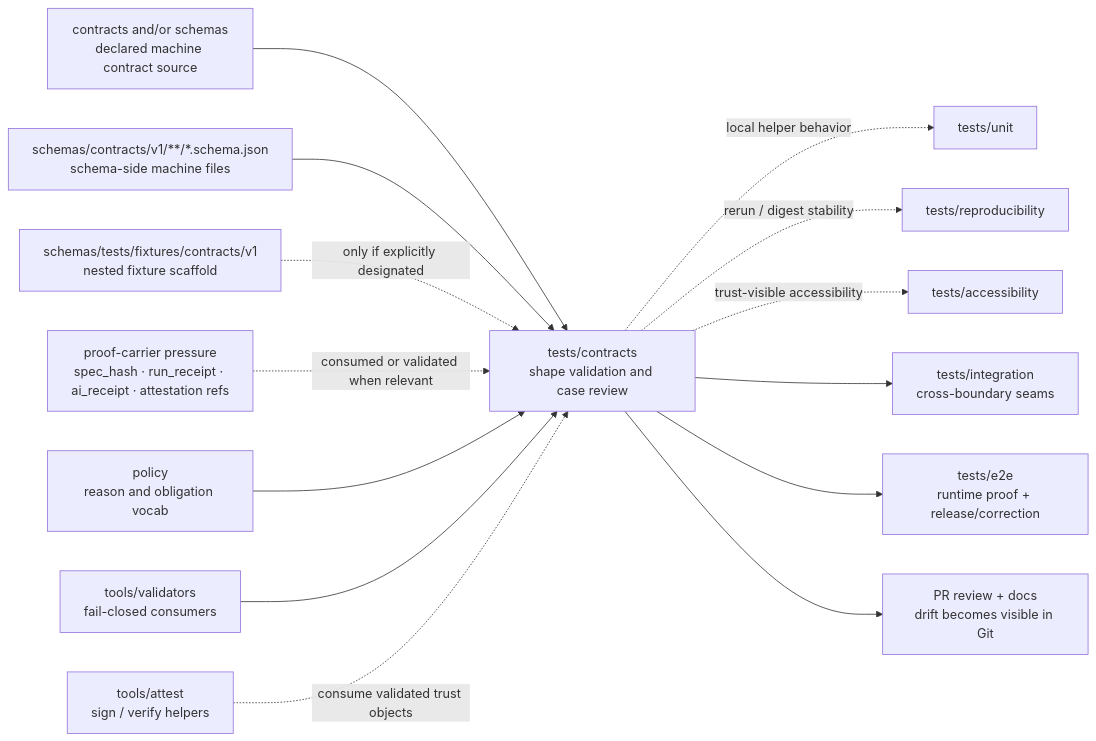
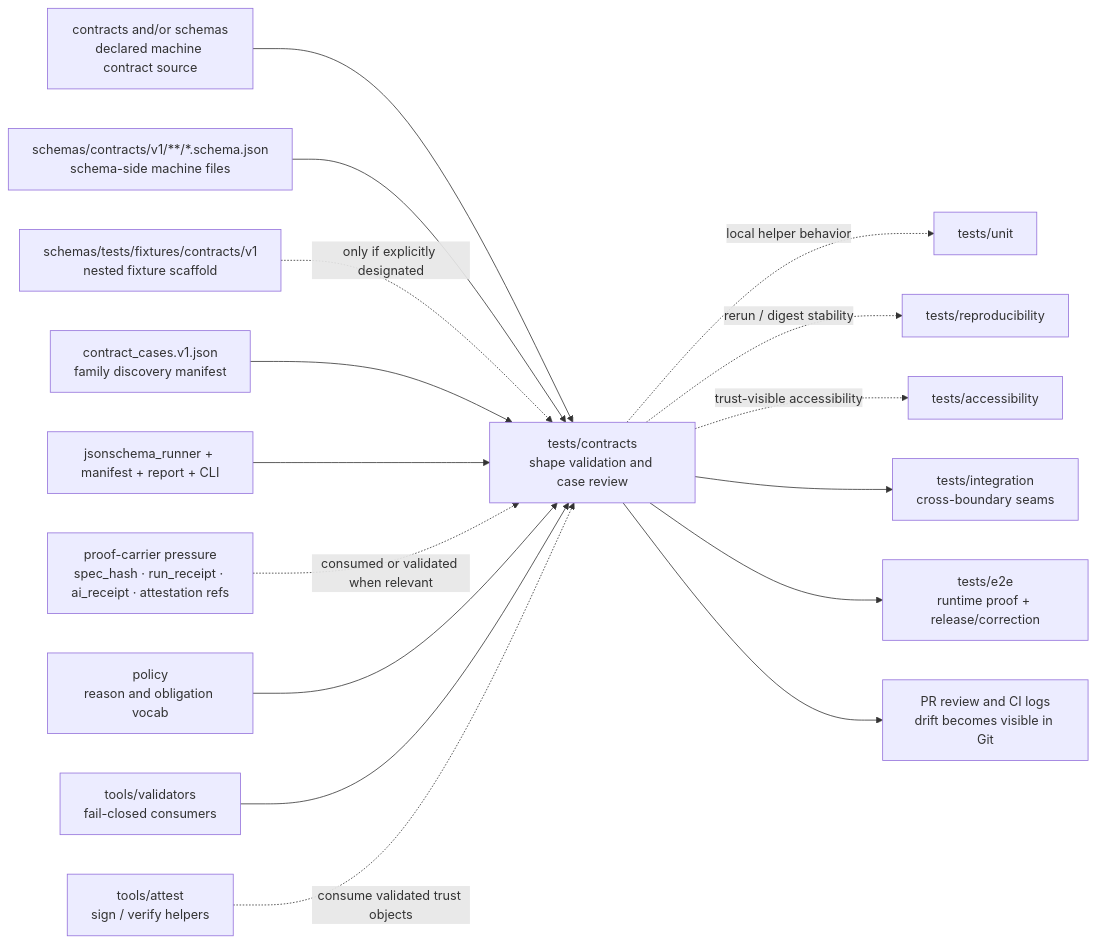
The diagram in tests/contracts/README.md (bartytime4life/Kansas-Frontier-Matrix), drawn with Mermaid before and after one commit. The commit also changed other lines of this file, not shown here.

````diff
--- a/tests/contracts/README.md
+++ b/tests/contracts/README.md
@@ -636,16 +740,18 @@
 ```mermaid
 flowchart LR
     D[contracts and/or schemas<br/>declared machine contract source] --> C[tests/contracts<br/>shape validation and case review]
     S[schemas/contracts/v1/**/*.schema.json<br/>schema-side machine files] --> C
     F[schemas/tests/fixtures/contracts/v1<br/>nested fixture scaffold] -. only if explicitly designated .-> C
+    M[contract_cases.v1.json<br/>family discovery manifest] --> C
+    R[jsonschema_runner + manifest + report + CLI] --> C
     Q[proof-carrier pressure<br/>spec_hash · run_receipt · ai_receipt · attestation refs] -. consumed or validated when relevant .-> C
     P[policy<br/>reason and obligation vocab] --> C
     V[tools/validators<br/>fail-closed consumers] --> C
     A[tools/attest<br/>sign / verify helpers] -. consume validated trust objects .-> C
     C -. local helper behavior .-> U[tests/unit]
-    C -. rerun / digest stability .-> R[tests/reproducibility]
-    C -. trust-visible accessibility .-> X[tests/accessibility]
+    C -. rerun / digest stability .-> X[tests/reproducibility]
+    C -. trust-visible accessibility .-> Y[tests/accessibility]
     C --> I[tests/integration<br/>cross-boundary seams]
     C --> E[tests/e2e<br/>runtime proof + release/correction]
-    C --> G[PR review + docs<br/>drift becomes visible in Git]
+    C --> G[PR review and CI logs<br/>drift becomes visible in Git]
 ```
````
